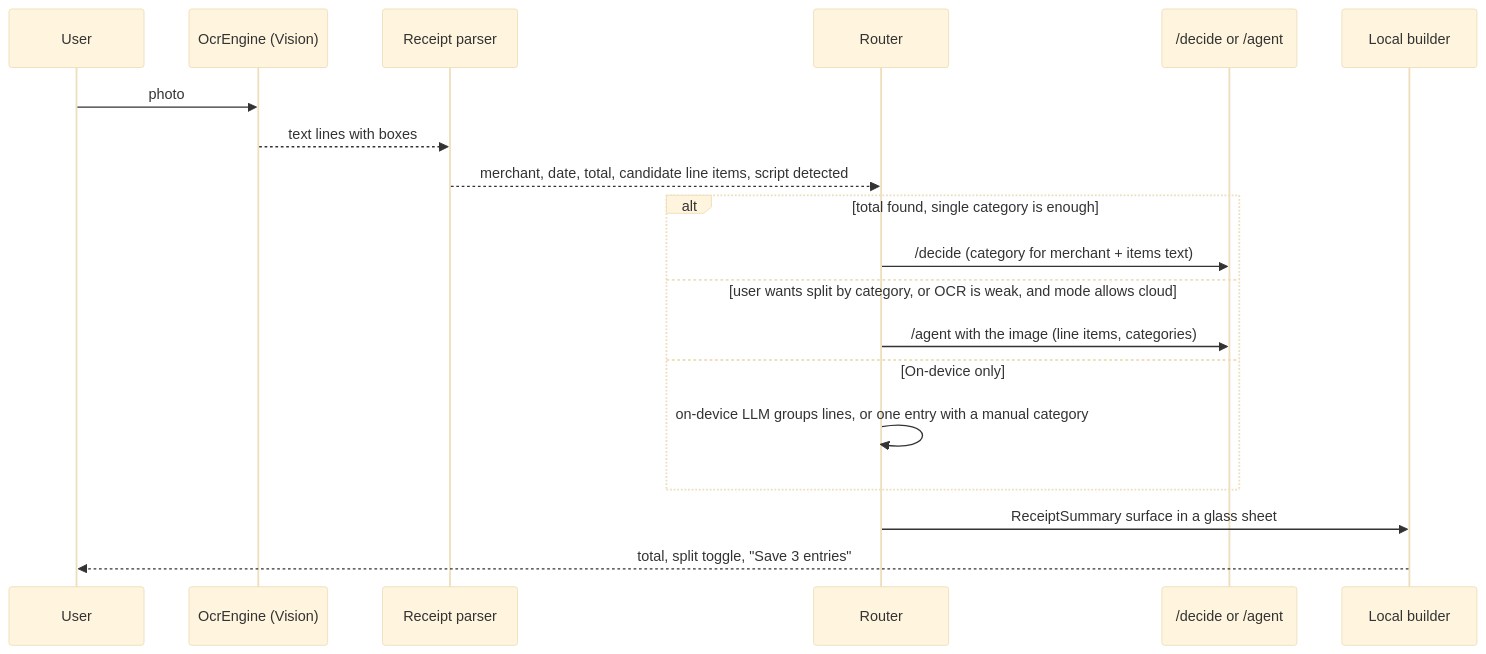
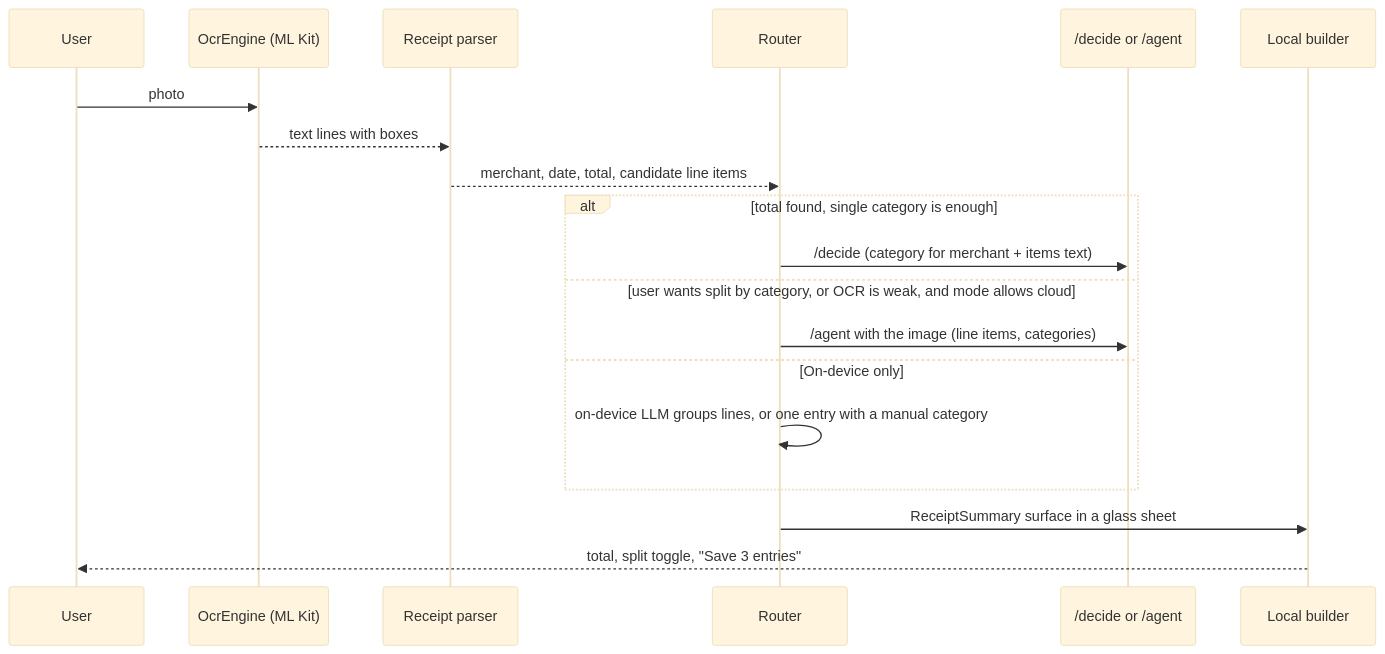
One commit to Botanium/family-xpense changed the seventh of 10 diagrams in docs/ARCHITECTURE.md. Above: the diagram before and after it, drawn with Mermaid (base theme). The commit also changed other lines of this file and 9 other files, not shown here.

````diff
--- a/docs/ARCHITECTURE.md
+++ b/docs/ARCHITECTURE.md
@@ -365,21 +373,21 @@
 ```mermaid
 sequenceDiagram
   participant U as User
-  participant O as OcrEngine (Vision)
+  participant O as OcrEngine (ML Kit)
   participant P as Receipt parser
   participant R as Router
   participant S as /decide or /agent
   participant B as Local builder
   U->>O: photo
   O-->>P: text lines with boxes
-  P-->>R: merchant, date, total, candidate line items, script detected
+  P-->>R: merchant, date, total, candidate line items
   alt total found, single category is enough
     R->>S: /decide (category for merchant + items text)
   else user wants split by category, or OCR is weak, and mode allows cloud
     R->>S: /agent with the image (line items, categories)
   else On-device only
     R->>R: on-device LLM groups lines, or one entry with a manual category
   end
   R->>B: ReceiptSummary surface in a glass sheet
   B-->>U: total, split toggle, "Save 3 entries"
 ```
````
